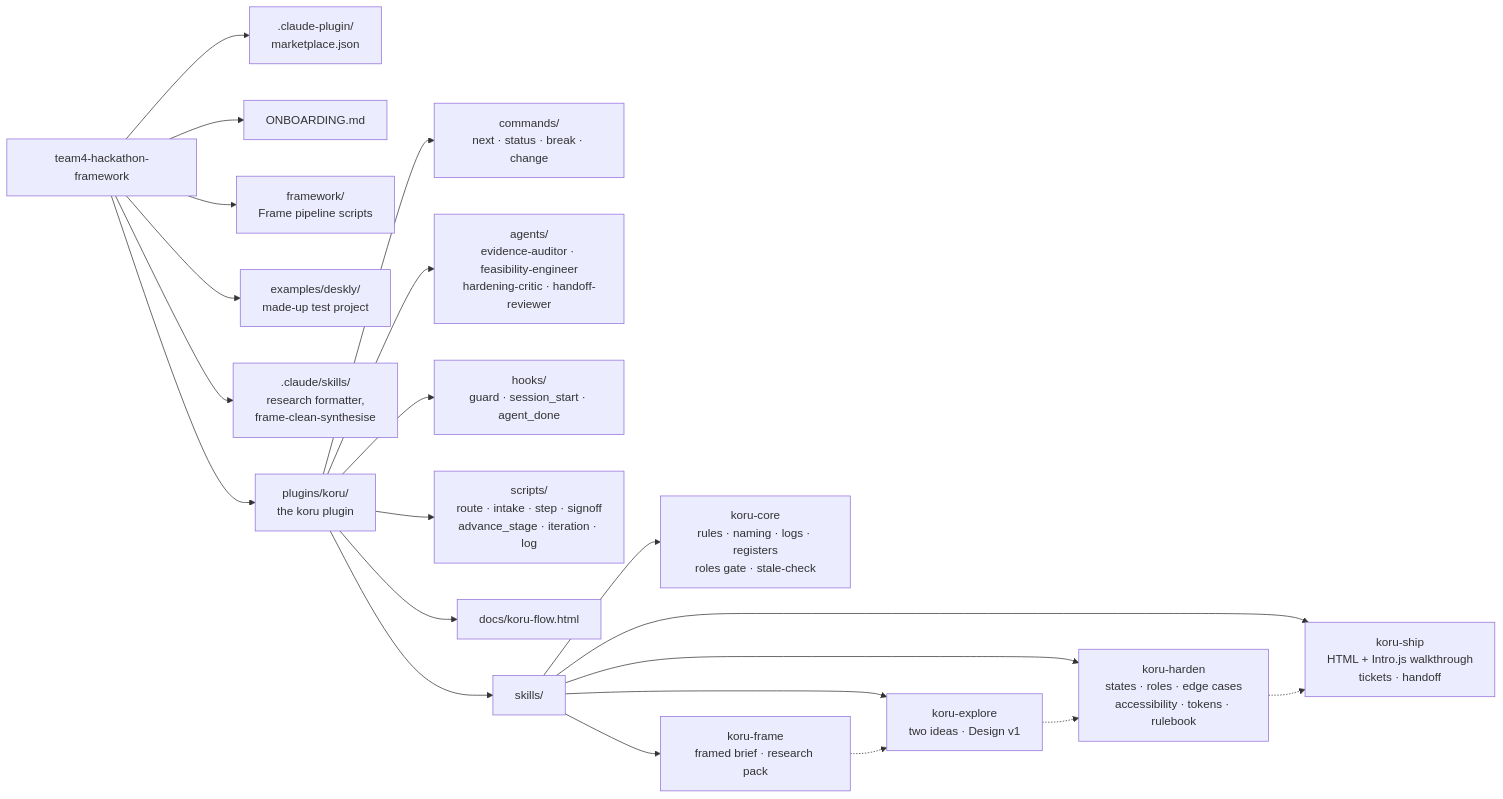
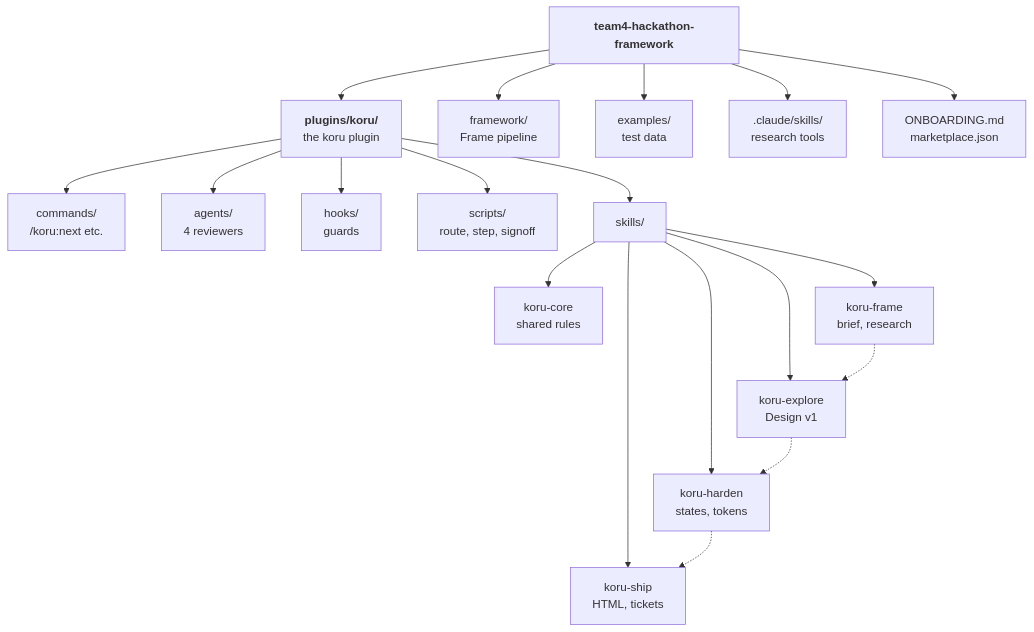
One commit to chetnaS98/team4-hackathon-framework changed the diagram in README.md. Above: the diagram before and after it, drawn with Mermaid.

Commit message:
README: site map top-down so it reads at README width

````diff
--- a/README.md
+++ b/README.md
@@ -20,25 +20,23 @@
 ```mermaid
-flowchart LR
-  repo["team4-hackathon-framework"]
-  repo --> mkt[".claude-plugin/<br/>marketplace.json"]
-  repo --> onb["ONBOARDING.md"]
-  repo --> fw["framework/<br/>Frame pipeline scripts"]
-  repo --> ex["examples/deskly/<br/>made-up test project"]
-  repo --> rs[".claude/skills/<br/>research formatter,<br/>frame-clean-synthesise"]
-  repo --> plug["plugins/koru/<br/>the koru plugin"]
+flowchart TD
+  repo["<b>team4-hackathon-framework</b>"]
+  repo --> plug["<b>plugins/koru/</b><br/>the koru plugin"]
+  repo --> fw["framework/<br/>Frame pipeline"]
+  repo --> ex["examples/<br/>test data"]
+  repo --> rs[".claude/skills/<br/>research tools"]
+  repo --> onb["ONBOARDING.md<br/>marketplace.json"]
 
-  plug --> cmd["commands/<br/>next · status · break · change"]
-  plug --> ag["agents/<br/>evidence-auditor · feasibility-engineer<br/>hardening-critic · handoff-reviewer"]
-  plug --> hk["hooks/<br/>guard · session_start · agent_done"]
-  plug --> sc["scripts/<br/>route · intake · step · signoff<br/>advance_stage · iteration · log"]
-  plug --> docs["docs/koru-flow.html"]
+  plug --> cmd["commands/<br/>/koru:next etc."]
+  plug --> ag["agents/<br/>4 reviewers"]
+  plug --> hk["hooks/<br/>guards"]
+  plug --> sc["scripts/<br/>route, step, signoff"]
   plug --> sk["skills/"]
 
-  sk --> core["koru-core<br/>rules · naming · logs · registers<br/>roles gate · stale-check"]
-  sk --> fr["koru-frame<br/>framed brief · research pack"]
-  sk --> exp["koru-explore<br/>two ideas · Design v1"]
-  sk --> hd["koru-harden<br/>states · roles · edge cases<br/>accessibility · tokens · rulebook"]
-  sk --> sh["koru-ship<br/>HTML + Intro.js walkthrough<br/>tickets · handoff"]
+  sk --> core["koru-core<br/>shared rules"]
+  sk --> fr["koru-frame<br/>brief, research"]
+  sk --> exp["koru-explore<br/>Design v1"]
+  sk --> hd["koru-harden<br/>states, tokens"]
+  sk --> sh["koru-ship<br/>HTML, tickets"]
 
   fr -.-> exp -.-> hd -.-> sh
 ```
````
